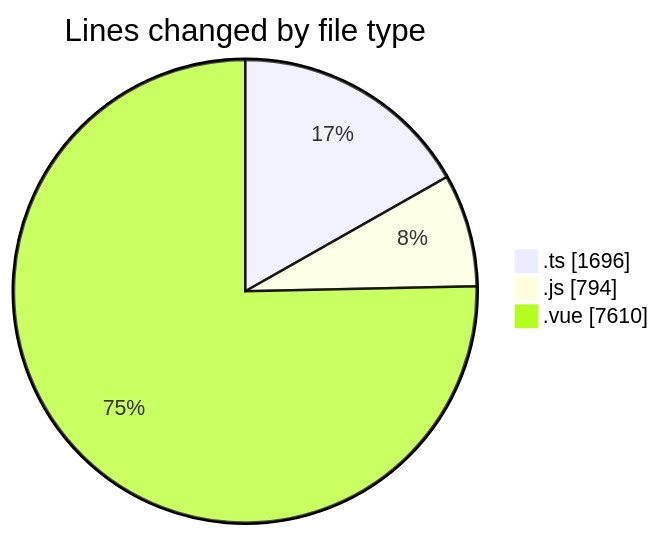
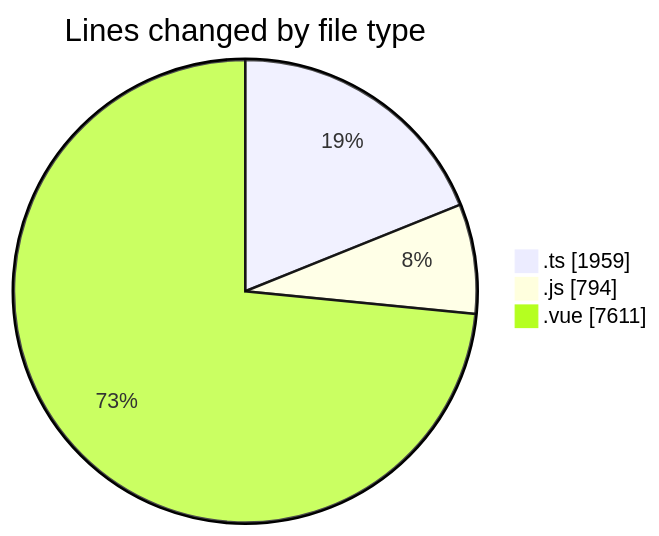
One commit to lephambinh05/code-tracking changed the first of 2 diagrams in 2025-08-16/rentotp/README.md. Above: the diagram before and after it, drawn with Mermaid. The commit also changed other lines of this file and 1 other file, not shown here.

````diff
--- a/2025-08-16/rentotp/README.md
+++ b/2025-08-16/rentotp/README.md
@@ -46,7 +47,7 @@
 ```mermaid
 pie showData
 title Lines changed by file type
-".ts" : 1696
+".ts" : 1959
 ".js" : 794
-".vue" : 7610
+".vue" : 7611
 ```
````
